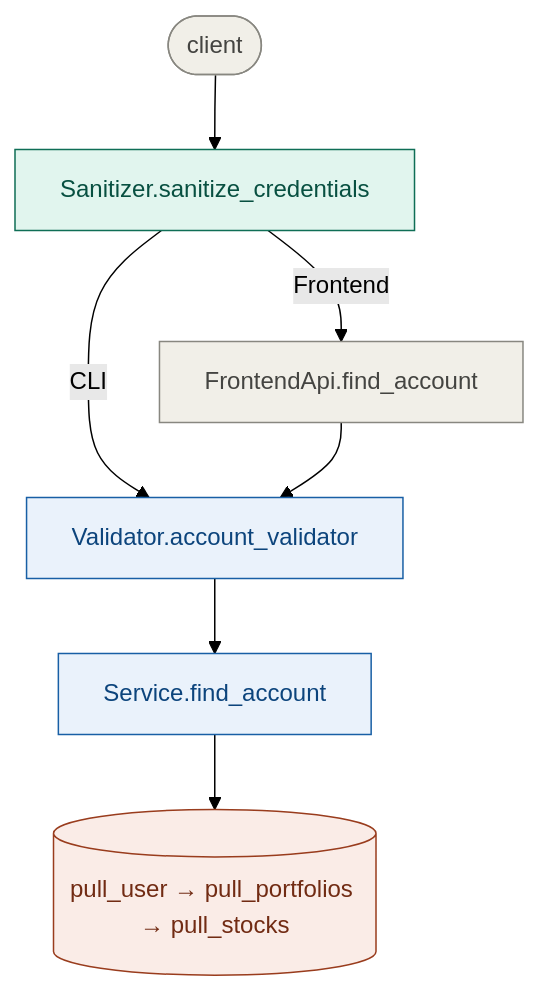
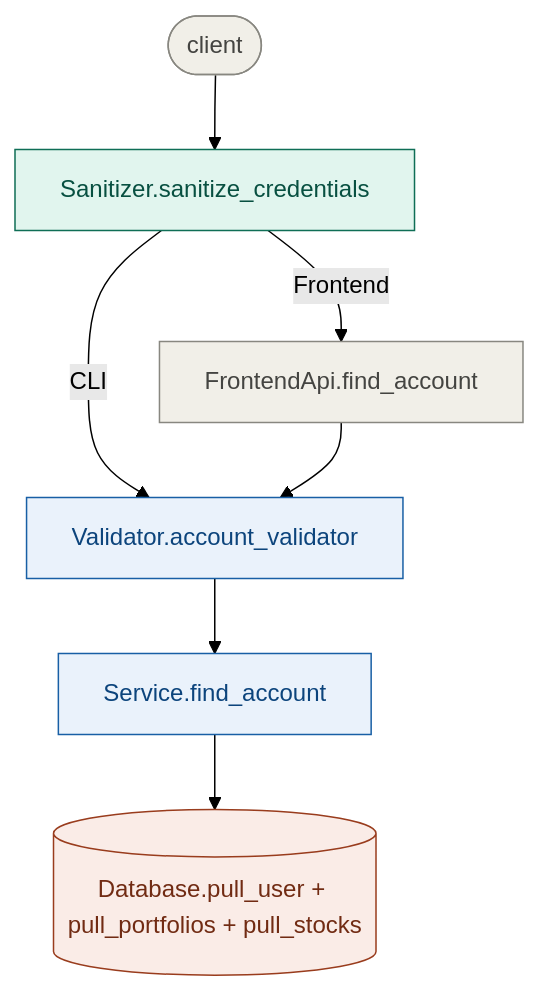
One commit to Aditi1900/investment-app changed the third of 6 diagrams in README.md. Above: the diagram before and after it, drawn with Mermaid (forest theme). The commit also changed other lines of this file, not shown here.

````diff
--- a/README.md
+++ b/README.md
@@ -69,17 +69,17 @@
 ```mermaid
 flowchart TD
     A([client])
     A --> B[Sanitizer.sanitize_credentials]
     B -->|CLI| D[Validator.account_validator]
     B -->|Frontend| C[FrontendApi.find_account]
     C --> D
     D --> E[Service.find_account]
-    E --> F[(pull_user → pull_portfolios → pull_stocks)]
+    E --> F[(Database.pull_user + pull_portfolios + pull_stocks)]
 
     style A fill:#F1EFE8,stroke:#888780,color:#444441
     style B fill:#E1F5EE,stroke:#0F6E56,color:#085041
     style C fill:#F1EFE8,stroke:#888780,color:#444441
     style D fill:#EAF2FB,stroke:#185FA5,color:#0C447C
     style E fill:#EAF2FB,stroke:#185FA5,color:#0C447C
     style F fill:#FAECE7,stroke:#993C1D,color:#712B13
 ```
````
